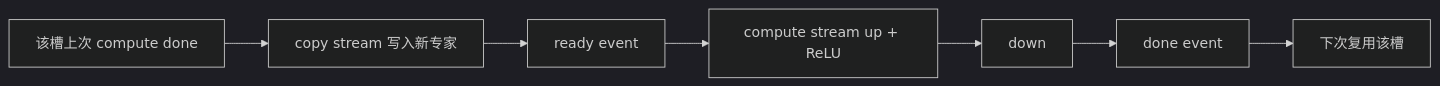
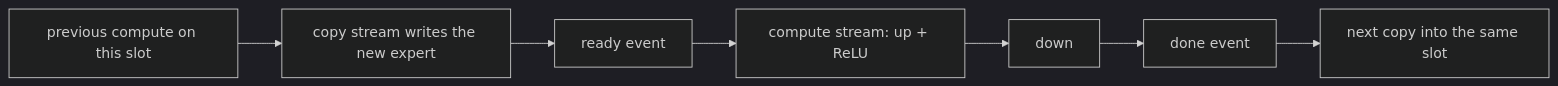
One commit to MiniYuanBot/mlsys-intermediate changed the diagram in labs/lab7/README.md. Above: the diagram before and after it, drawn with Mermaid (dark theme). The commit also changed other lines of this file and 260 other files, not shown here.

````diff
--- a/labs/lab7/README.md
+++ b/labs/lab7/README.md
@@ -121,9 +166,9 @@
 ```mermaid
 flowchart LR
-  old[该槽上次 compute done] --> cp[copy stream 写入新专家]
+  prev[previous compute on this slot] --> cp[copy stream writes the new expert]
   cp --> ready[ready event]
-  ready --> up[compute stream up + ReLU]
+  ready --> up[compute stream: up + ReLU]
   up --> down[down]
   down --> done[done event]
-  done --> next[下次复用该槽]
+  done --> next[next copy into the same slot]
 ```
````
